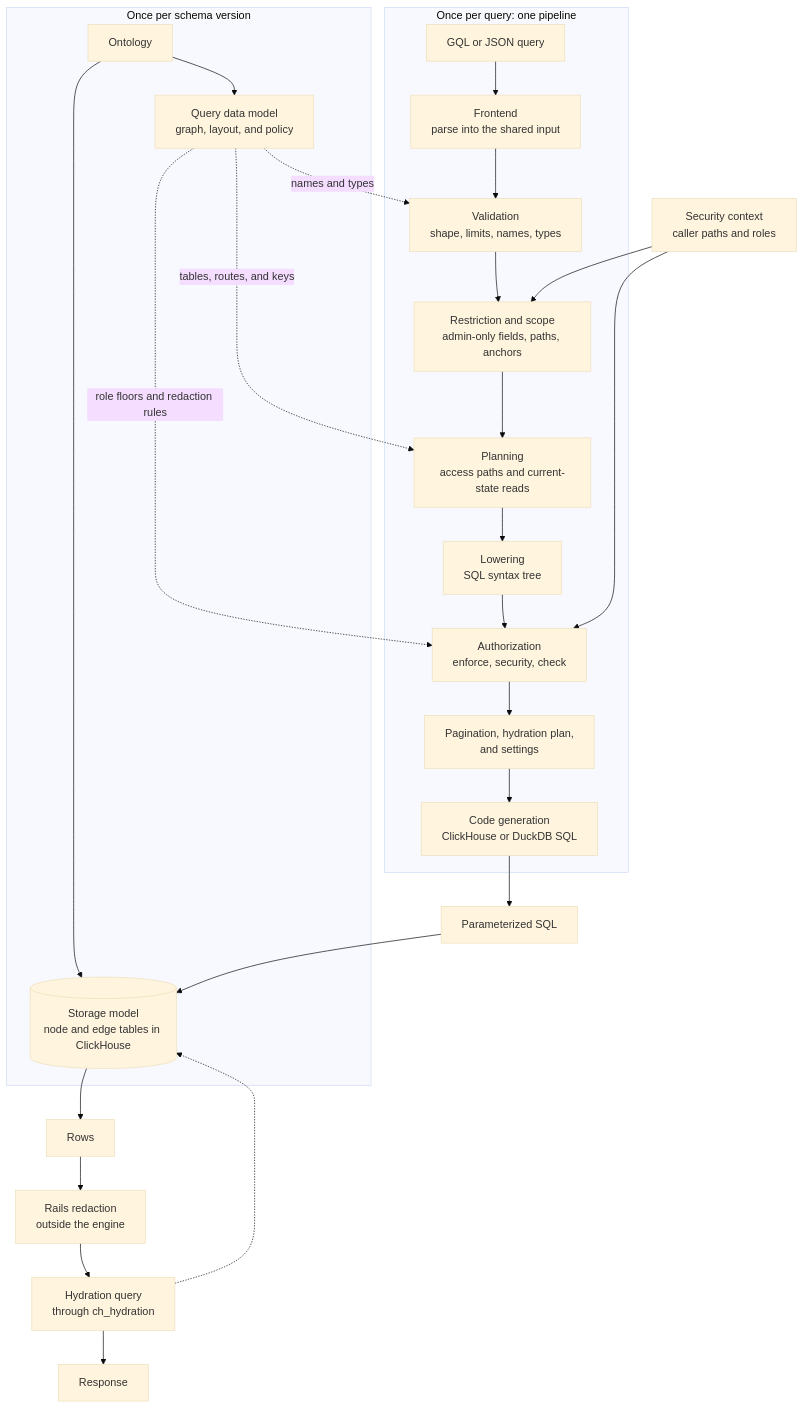
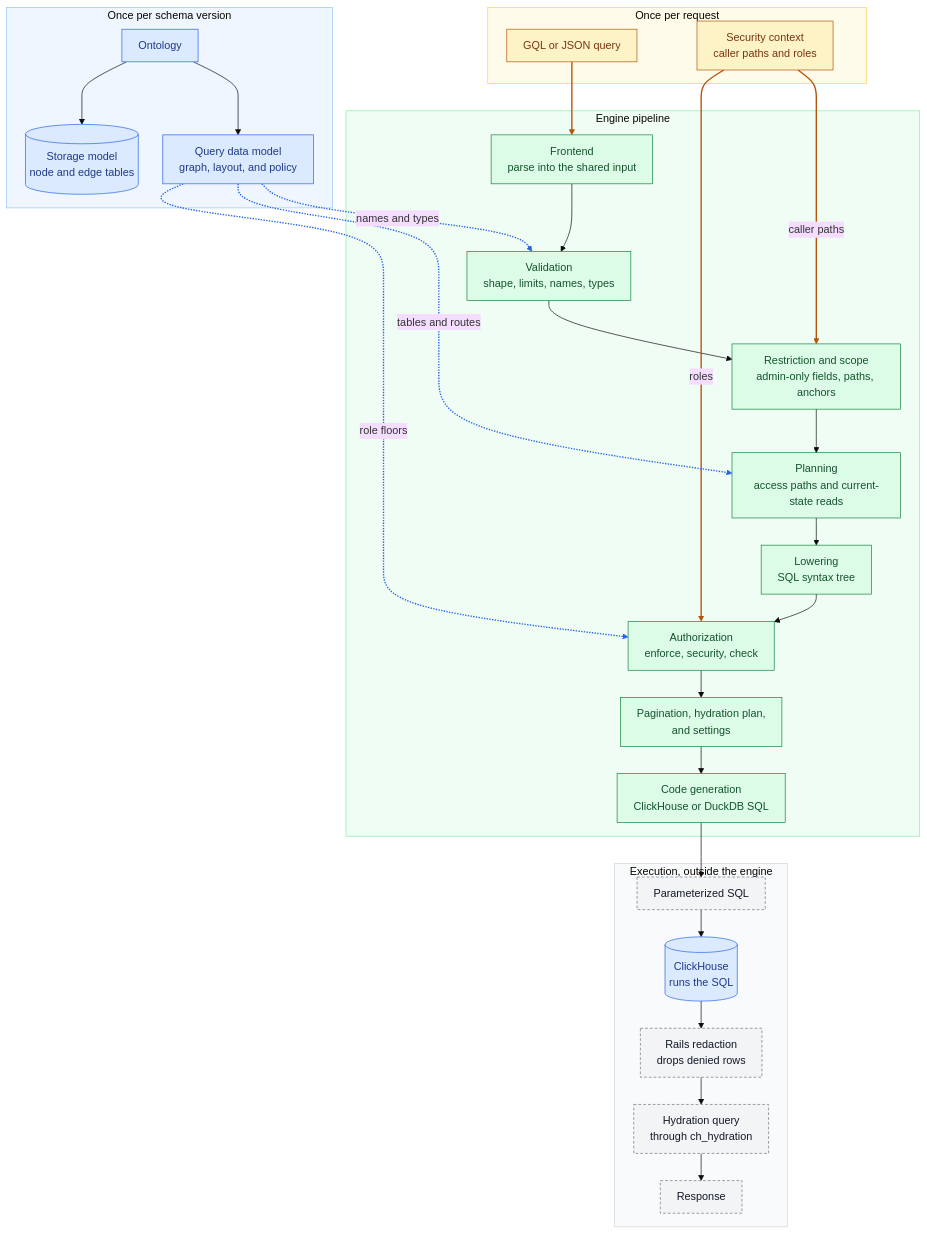
Before and after one commit to gitlabhq/orbit-knowledge-graph: the first of 17 diagrams in docs/design-documents/querying/engine.md, drawn with Mermaid (base theme). The commit also changed other lines of this file, not shown here.

Commit message:
docs(querying): restyle the engine system diagram

````diff
--- a/docs/design-documents/querying/engine.md
+++ b/docs/design-documents/querying/engine.md
@@ -74,42 +74,66 @@
 ```mermaid
+%%{init: {"flowchart": {"curve": "basis", "nodeSpacing": 36, "rankSpacing": 40, "padding": 12}}}%%
 flowchart TB
     accTitle: How the graph query engine fits together
-    accDescr: Once per schema version, the ontology produces the ClickHouse storage model and the query data model. For each query, a frontend parses the text, then validation, restriction, planning, lowering, authorization, and the finishing phases turn it into parameterized SQL. ClickHouse runs the SQL, Rails redacts the rows, and hydration fetches the remaining properties before the response goes back.
+    accDescr: Once per schema version, the ontology produces the query data model and the ClickHouse storage model. For each request, the query text enters the frontend, and the security context feeds restriction and authorization. The query data model feeds validation, planning, and authorization. The pipeline generates parameterized SQL. Outside the engine, ClickHouse runs the SQL, Rails redacts the rows, and a hydration query fetches the remaining properties before the response goes back.
 
-    subgraph schema_time["Once per schema version"]
+    subgraph schema_version["Once per schema version"]
         ontology["Ontology"]
-        storage[("Storage model<br/>node and edge tables in ClickHouse")]
         model["Query data model<br/>graph, layout, and policy"]
+        storage[("Storage model<br/>node and edge tables")]
+        ontology --> model
         ontology --> storage
-        ontology --> model
     end
 
-    subgraph query_time["Once per query: one pipeline"]
+    subgraph request["Once per request"]
         query_text["GQL or JSON query"]
+        context["Security context<br/>caller paths and roles"]
+    end
+
+    subgraph pipeline["Engine pipeline"]
         frontend["Frontend<br/>parse into the shared input"]
         validation["Validation<br/>shape, limits, names, types"]
         restriction["Restriction and scope<br/>admin-only fields, paths, anchors"]
         planning["Planning<br/>access paths and current-state reads"]
         lowering["Lowering<br/>SQL syntax tree"]
         authorization["Authorization<br/>enforce, security, check"]
         finishing["Pagination, hydration plan,<br/>and settings"]
         codegen["Code generation<br/>ClickHouse or DuckDB SQL"]
-        query_text --> frontend --> validation --> restriction --> planning --> lowering --> authorization --> finishing --> codegen
+        frontend --> validation --> restriction --> planning --> lowering --> authorization --> finishing --> codegen
     end
 
-    context["Security context<br/>caller paths and roles"]
-    context --> restriction
-    context --> authorization
+    subgraph execution["Execution, outside the engine"]
+        sql["Parameterized SQL"]
+        clickhouse[("ClickHouse<br/>runs the SQL")]
+        redaction["Rails redaction<br/>drops denied rows"]
+        hydration["Hydration query<br/>through ch_hydration"]
+        response["Response"]
+        sql --> clickhouse --> redaction --> hydration --> response
+    end
 
+    query_text --> frontend
+    context -- "caller paths" --> restriction
+    context -- "roles" --> authorization
     model -. "names and types" .-> validation
-    model -. "tables, routes, and keys" .-> planning
-    model -. "role floors and redaction rules" .-> authorization
+    model -. "tables and routes" .-> planning
+    model -. "role floors" .-> authorization
+    codegen --> sql
 
-    codegen --> sql["Parameterized SQL"]
-    sql --> storage
-    storage --> rows["Rows"]
-    rows --> redaction["Rails redaction<br/>outside the engine"]
-    redaction --> hydration["Hydration query<br/>through ch_hydration"]
-    hydration -.-> storage
-    hydration --> response["Response"]
+    classDef data fill:#DBEAFE,stroke:#2563EB,color:#1E3A8A
+    classDef input fill:#FEF3C7,stroke:#B45309,color:#78350F
+    classDef phase fill:#DCFCE7,stroke:#15803D,color:#14532D
+    classDef outside fill:#F3F4F6,stroke:#6B7280,color:#111827,stroke-dasharray:4 3
+
+    class ontology,model,storage,clickhouse data
+    class query_text,context input
+    class frontend,validation,restriction,planning,lowering,authorization,finishing,codegen phase
+    class sql,redaction,hydration,response outside
+
+    style schema_version fill:#EFF6FF,stroke:#93C5FD
+    style request fill:#FFFBEB,stroke:#FCD34D
+    style pipeline fill:#F0FDF4,stroke:#86EFAC
+    style execution fill:#F9FAFB,stroke:#D1D5DB
+
+    linkStyle 13,14,15 stroke:#B45309,stroke-width:2px
+    linkStyle 16,17,18 stroke:#2563EB,stroke-width:2px
 ```
````
